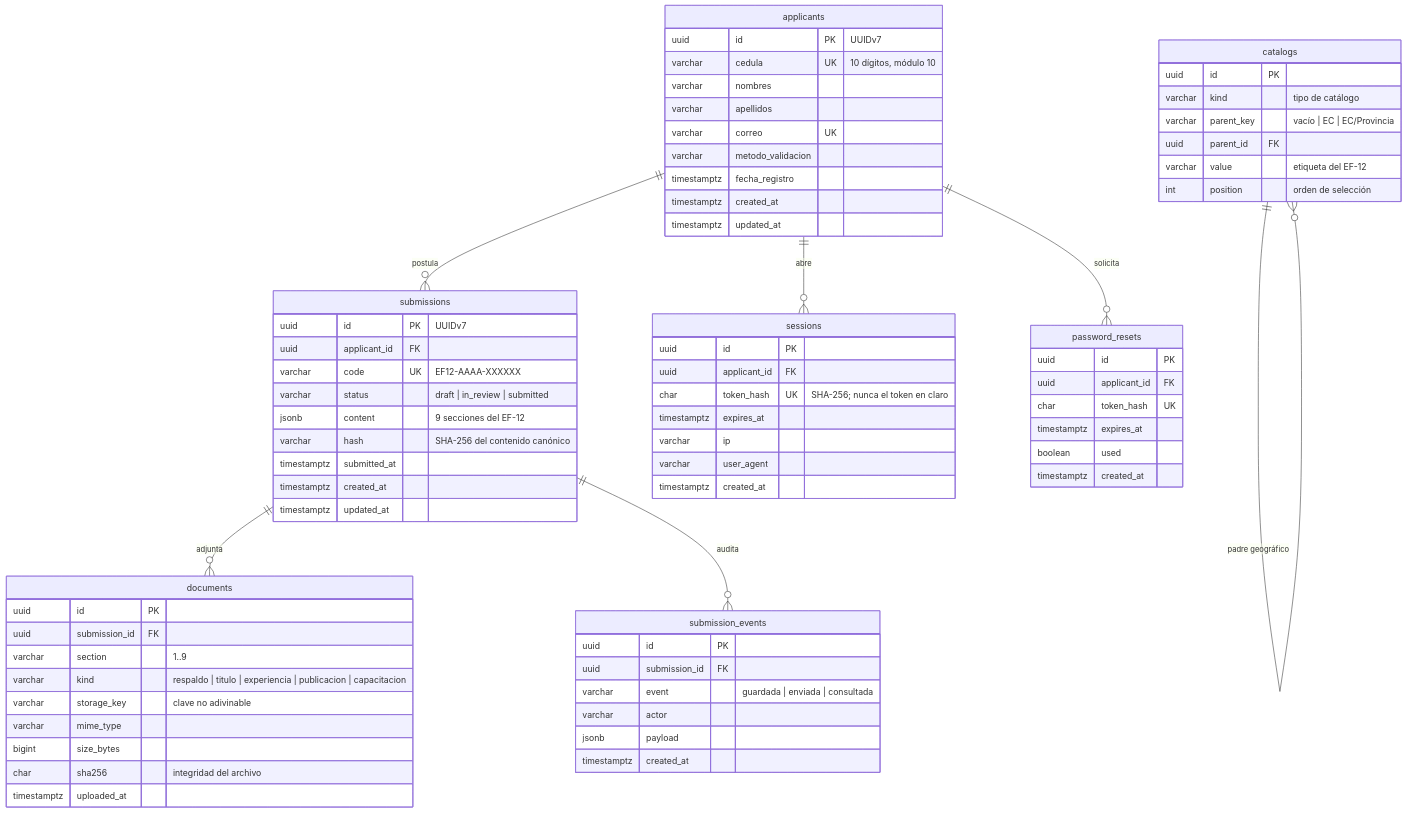
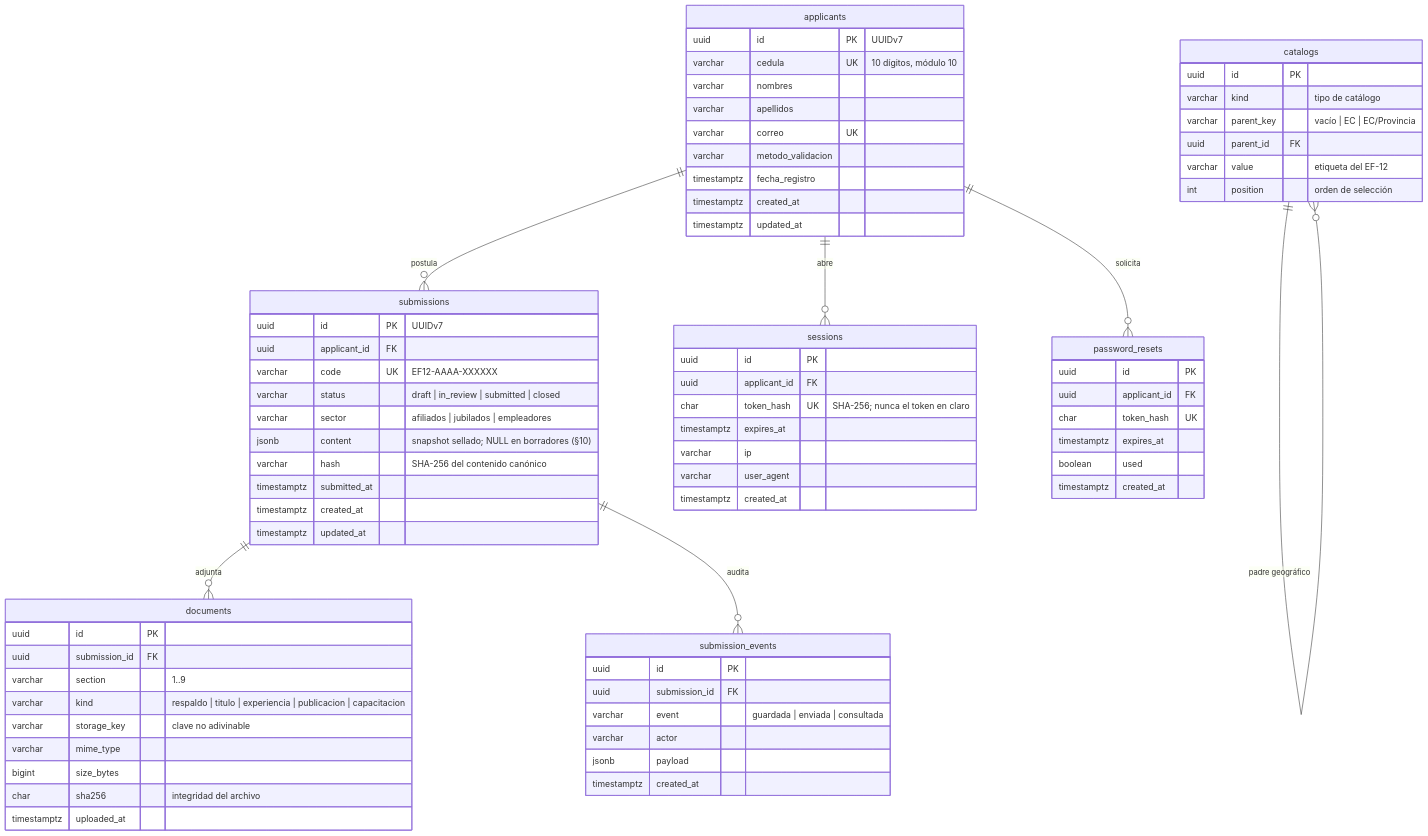
One commit to yan2005dris-afk/Framework-Examen changed the diagram in docs/database/SCHEMA.md. Above: the diagram before and after it, drawn with Mermaid. The commit also changed other lines of this file and 6 other files, not shown here.

```diff
--- a/docs/database/SCHEMA.md
+++ b/docs/database/SCHEMA.md
@@ -50,8 +50,9 @@
         uuid id PK "UUIDv7"
         uuid applicant_id FK
         varchar code UK "EF12-AAAA-XXXXXX"
-        varchar status "draft | in_review | submitted"
-        jsonb content "9 secciones del EF-12"
+        varchar status "draft | in_review | submitted | closed"
+        varchar sector "afiliados | jubilados | empleadores"
+        jsonb content "snapshot sellado; NULL en borradores (§10)"
         varchar hash "SHA-256 del contenido canónico"
         timestamptz submitted_at
         timestamptz created_at
```
